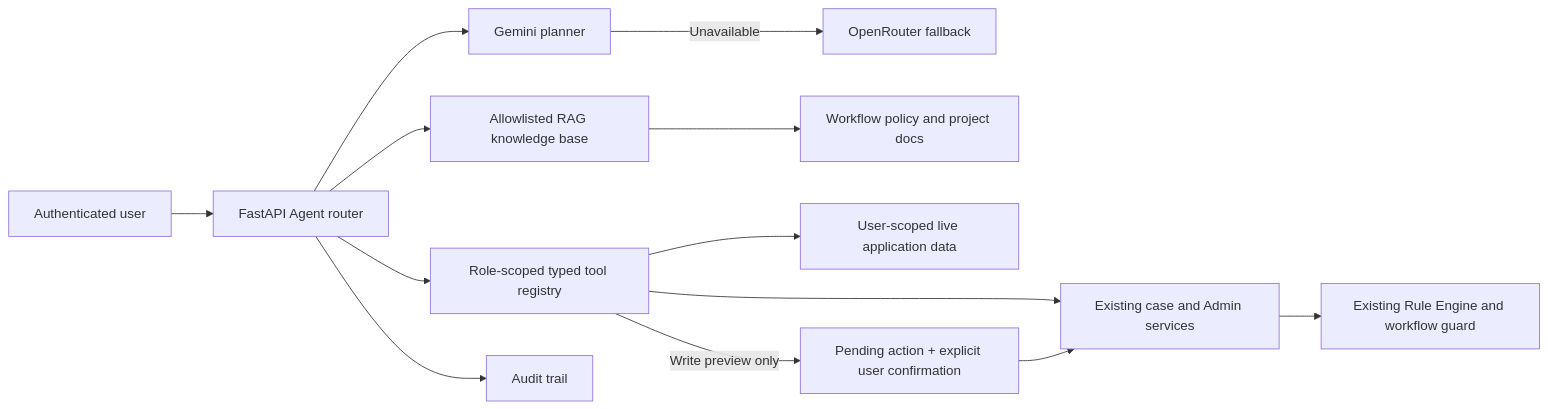
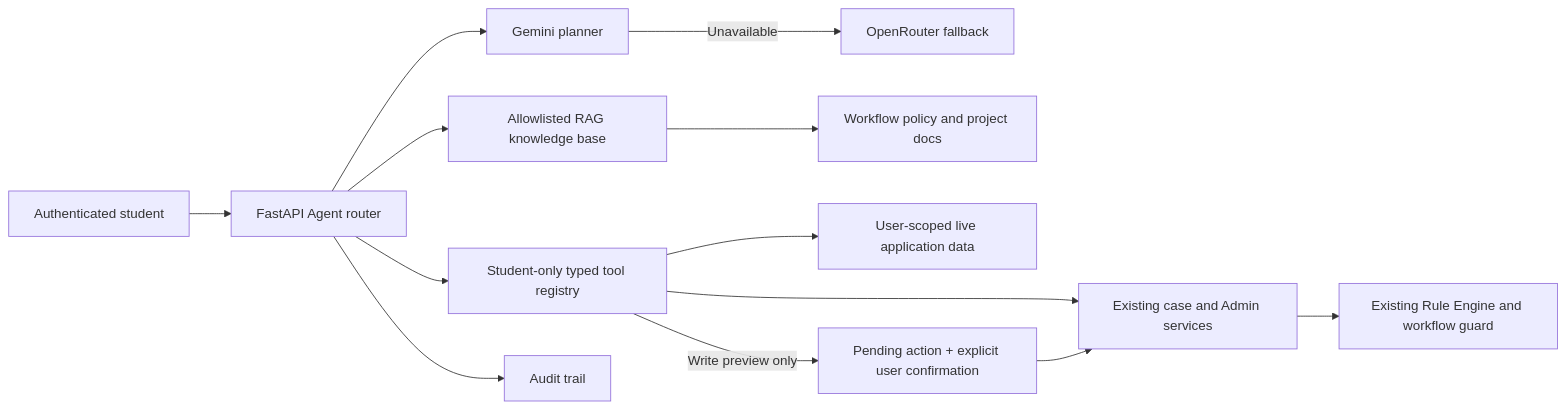
Before and after one commit to LeDucThinh203/MLAI: the second of 2 diagrams in EDUASSISTANT/docs/architecture/ARCHITECTURE.md, drawn with Mermaid. The commit also changed other lines of this file and 20 other files, not shown here.

````diff
--- a/EDUASSISTANT/docs/architecture/ARCHITECTURE.md
+++ b/EDUASSISTANT/docs/architecture/ARCHITECTURE.md
@@ -50,15 +50,15 @@
 ```mermaid
 flowchart LR
-    User[Authenticated user] --> Agent[FastAPI Agent router]
+    Student[Authenticated student] --> Agent[FastAPI Agent router]
     Agent --> Planner[Gemini planner]
     Planner -->|Unavailable| Router[OpenRouter fallback]
     Agent --> RAG[Allowlisted RAG knowledge base]
     RAG --> Docs[Workflow policy and project docs]
-    Agent --> Tools[Role-scoped typed tool registry]
+    Agent --> Tools[Student-only typed tool registry]
     Tools --> Data[User-scoped live application data]
     Tools --> Existing[Existing case and Admin services]
     Existing --> Rules[Existing Rule Engine and workflow guard]
     Tools -->|Write preview only| Pending[Pending action + explicit user confirmation]
     Pending --> Existing
     Agent --> Audit[Audit trail]
 ```
````
